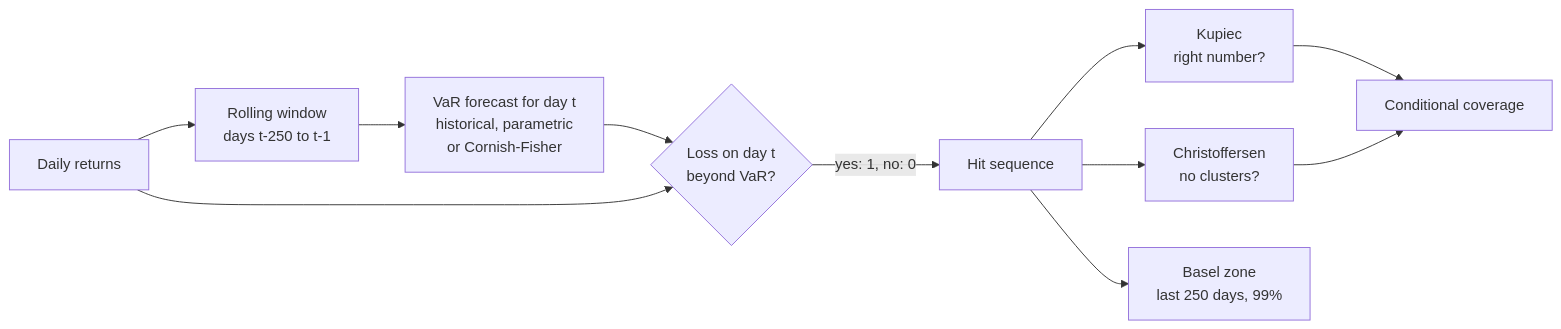
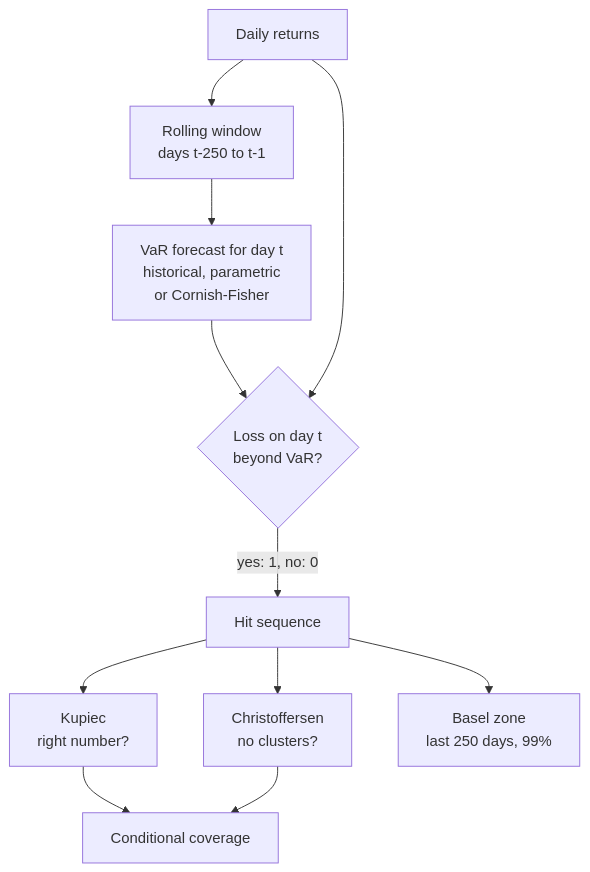
Before and after one commit to GregoireCommuneau/fixed-income-mcp: the diagram in docs/var-backtest-guide.md, drawn with Mermaid. The commit also changed other lines of this file, not shown here.

Commit message:
docs: vertical pipeline diagram and a line-break-free exception formula

````diff
--- a/docs/var-backtest-guide.md
+++ b/docs/var-backtest-guide.md
@@ -133,13 +133,13 @@
 ```mermaid
-flowchart LR
+flowchart TD
     R[Daily returns] --> W["Rolling window<br/>days t-250 to t-1"]
     W --> V["VaR forecast for day t<br/>historical, parametric<br/>or Cornish-Fisher"]
     V --> X{"Loss on day t<br/>beyond VaR?"}
     R --> X
     X -->|"yes: 1, no: 0"| H[Hit sequence]
     H --> K["Kupiec<br/>right number?"]
     H --> C["Christoffersen<br/>no clusters?"]
     K --> CC[Conditional coverage]
     C --> CC
     H --> B["Basel zone<br/>last 250 days, 99%"]
 ```
````
